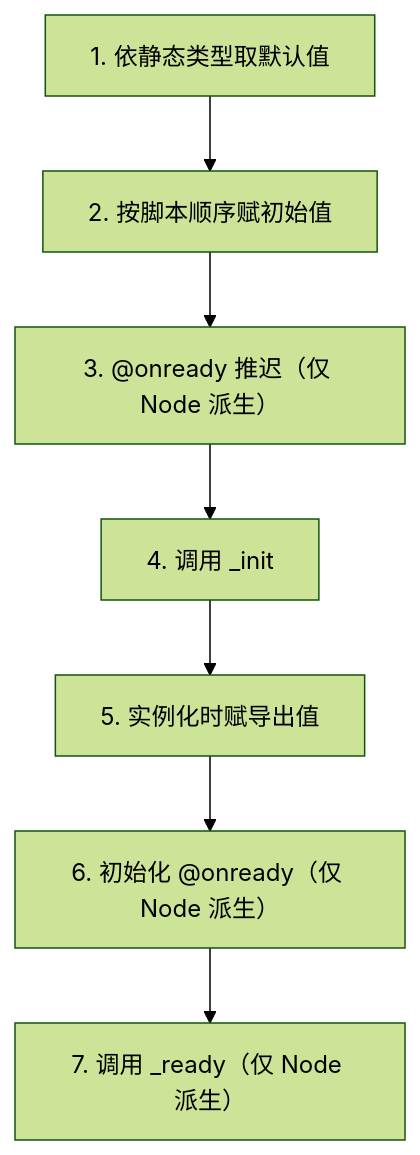
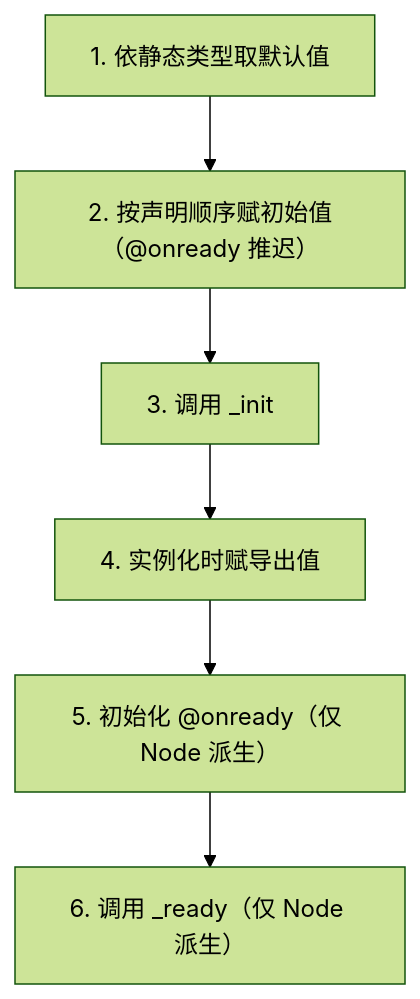
The diagram in cnt-content/full/045-gdscript/020-VariablesConstantsEnums.md (fanquanpp/FANDEX), drawn with Mermaid (forest theme) before and after one commit. The commit also changed other lines of this file and 1501 other files, not shown here.

````diff
--- a/cnt-content/full/045-gdscript/020-VariablesConstantsEnums.md
+++ b/cnt-content/full/045-gdscript/020-VariablesConstantsEnums.md
@@ -93,9 +92,8 @@
 ```mermaid
 flowchart TD
-    A["1. 依静态类型取默认值"] --> B["2. 按脚本顺序赋初始值"]
-    B --> C["3. @onready 推迟（仅 Node 派生）"]
-    C --> D["4. 调用 _init"]
-    D --> E["5. 实例化时赋导出值"]
-    E --> F["6. 初始化 @onready（仅 Node 派生）"]
-    F --> G["7. 调用 _ready（仅 Node 派生）"]
+    A["1. 依静态类型取默认值"] --> B["2. 按声明顺序赋初始值（@onready 推迟）"]
+    B --> C["3. 调用 _init"]
+    C --> D["4. 实例化时赋导出值"]
+    D --> E["5. 初始化 @onready（仅 Node 派生）"]
+    E --> F["6. 调用 _ready（仅 Node 派生）"]
 ```
````
